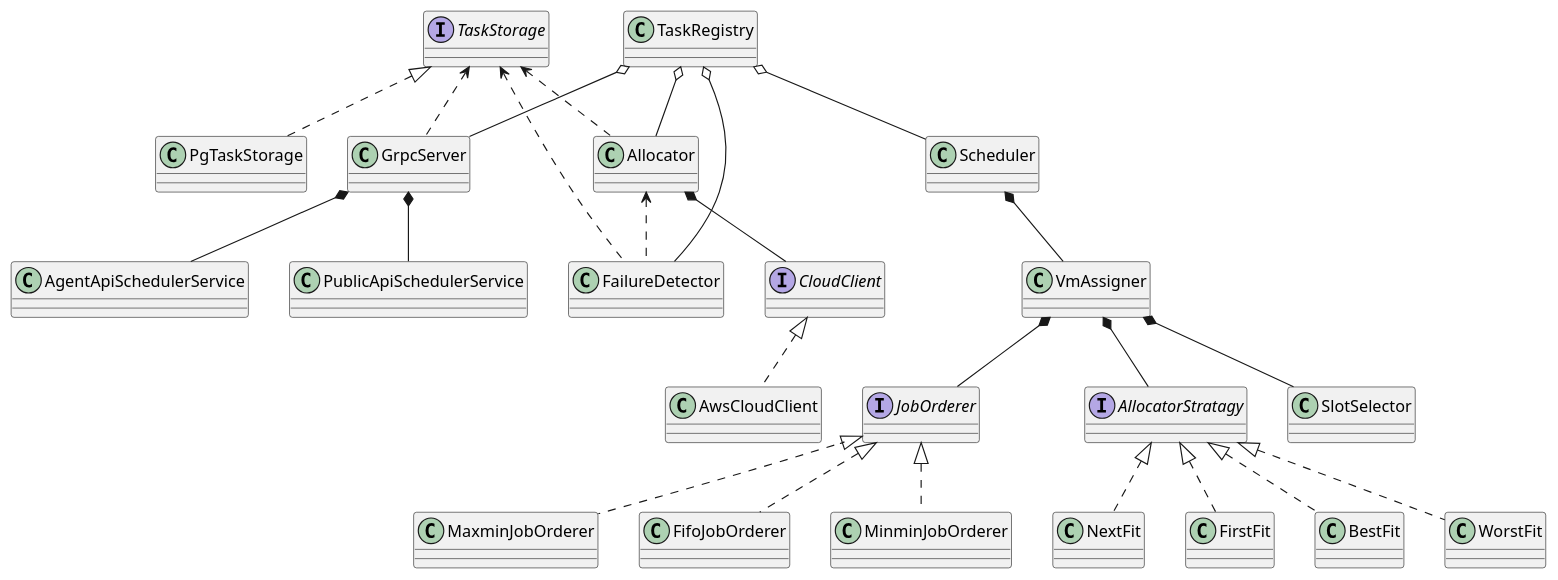
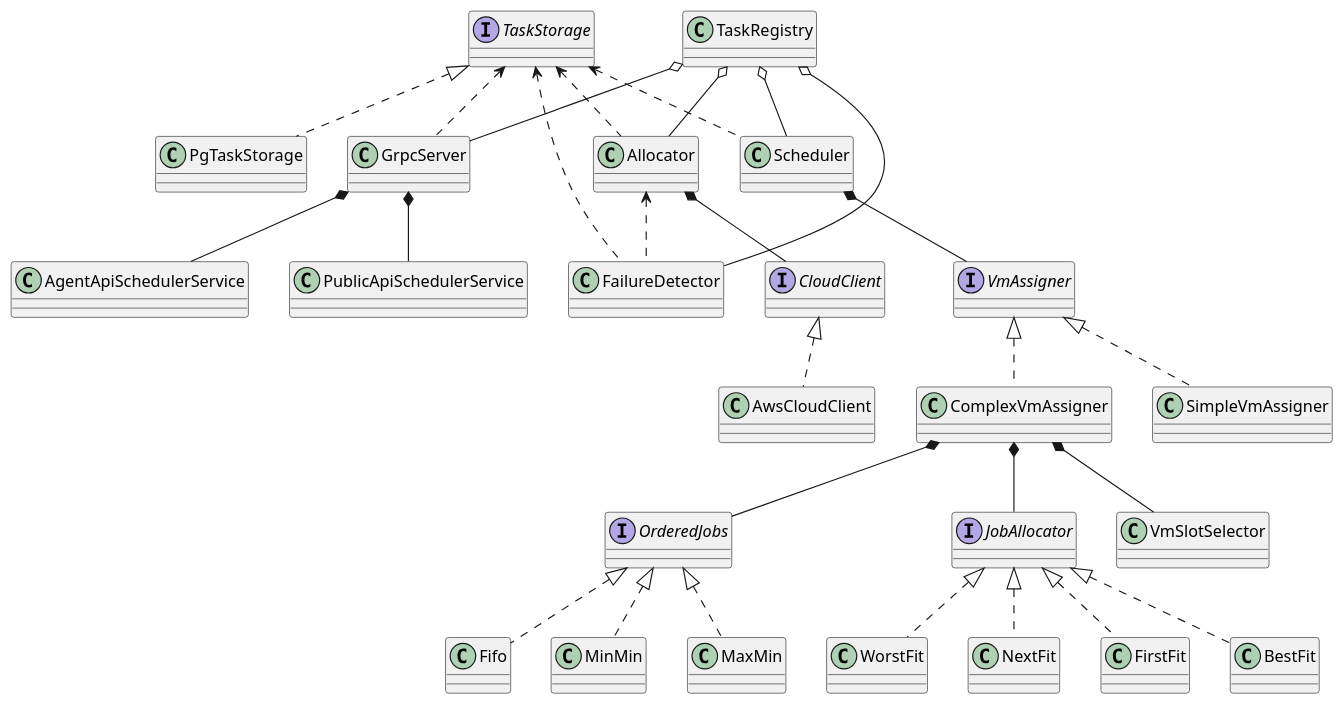
The diagram in docs/uml-diagrams/classes.puml (yutsareva/vm-scheduler), drawn with PlantUML before and after one commit. The commit also changed 16 other files, not shown here.

Commit message:
complex vm assigner fixes

```diff
--- a/docs/uml-diagrams/classes.puml
+++ b/docs/uml-diagrams/classes.puml
@@ -1,56 +1,59 @@
 @startuml
 
 interface TaskStorage
 class PgTaskStorage
 TaskStorage <|.. PgTaskStorage
 
 class Allocator
 interface CloudClient
 class AwsCloudClient
 
 Allocator *-- CloudClient
 CloudClient <|.. AwsCloudClient
 TaskStorage <.. Allocator
 
 class Scheduler
-class VmAssigner
-interface JobOrderer
-class FifoJobOrderer
-class MinminJobOrderer
-class MaxminJobOrderer
-interface AllocatorStratagy
+interface VmAssigner
+interface OrderedJobs
+class Fifo
+class MinMin
+class MaxMin
+interface JobAllocator
 class BestFit
 class WorstFit
 class NextFit
 class FirstFit
 
 Scheduler *-- VmAssigner
-VmAssigner *-- JobOrderer
-JobOrderer <|.. FifoJobOrderer
-JobOrderer <|.. MinminJobOrderer
-JobOrderer <|.. MaxminJobOrderer
-VmAssigner *-- AllocatorStratagy
-AllocatorStratagy <|.. BestFit
-AllocatorStratagy <|.. WorstFit
-AllocatorStratagy <|.. NextFit
-AllocatorStratagy <|.. FirstFit
-VmAssigner *-- SlotSelector
+TaskStorage <.. Scheduler
+VmAssigner <|.. SimpleVmAssigner
+VmAssigner <|.. ComplexVmAssigner
+ComplexVmAssigner *-- OrderedJobs
+OrderedJobs <|.. Fifo
+OrderedJobs <|.. MinMin
+OrderedJobs <|.. MaxMin
+ComplexVmAssigner *-- JobAllocator
+JobAllocator <|.. BestFit
+JobAllocator <|.. WorstFit
+JobAllocator <|.. NextFit
+JobAllocator <|.. FirstFit
+ComplexVmAssigner *-- VmSlotSelector
 
 class FailureDetector
 Allocator <.. FailureDetector
 TaskStorage <.. FailureDetector
 
 class GrpcServer
 class AgentApiSchedulerService
 class PublicApiSchedulerService
 TaskStorage <.. GrpcServer
 GrpcServer *-- AgentApiSchedulerService
 GrpcServer *-- PublicApiSchedulerService
 
 class TaskRegistry
 TaskRegistry o-- Allocator
+TaskRegistry o-- GrpcServer
 TaskRegistry o-- Scheduler
 TaskRegistry o-- FailureDetector
-TaskRegistry o-- GrpcServer
 
 @enduml
```
